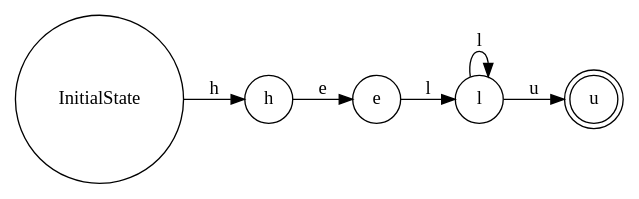
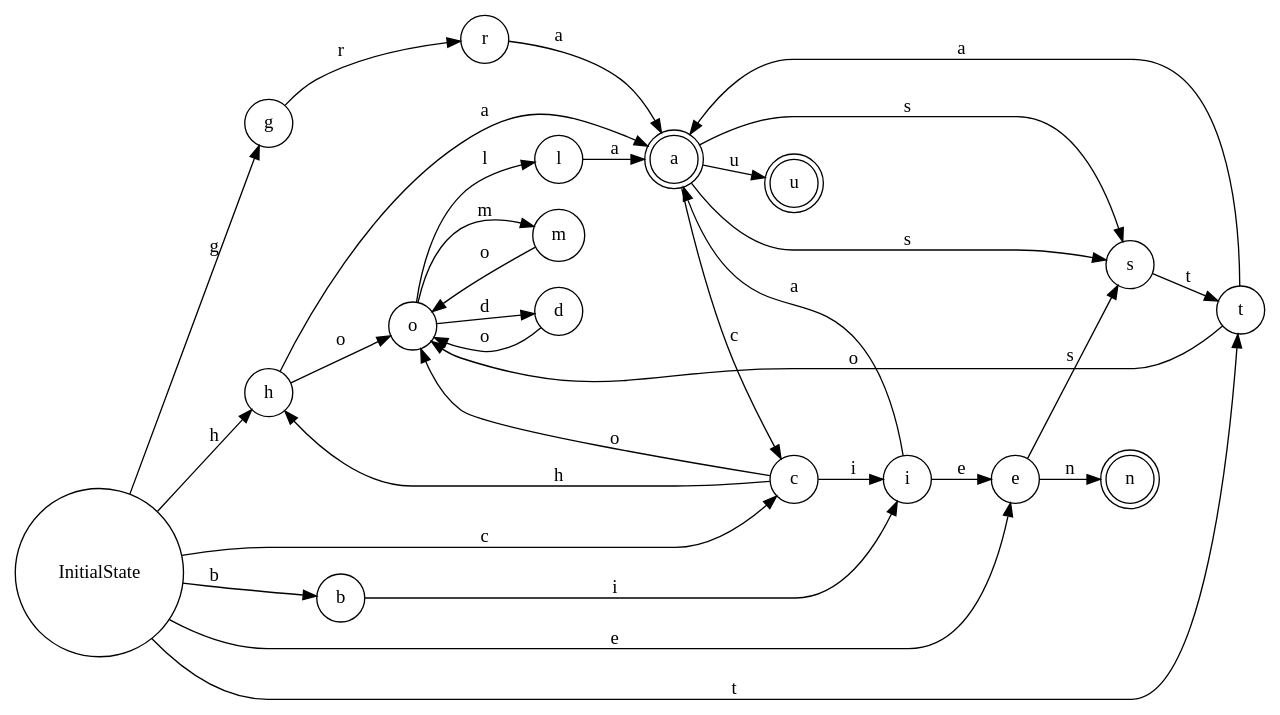
Before and after one commit to NicolasMoreno/MateDiscreta: the diagram in example/example.dot, drawn with Graphviz. The commit also changed 2 other files, not shown here.

```diff
--- a/example/example.dot
+++ b/example/example.dot
@@ -1,14 +1,66 @@
 digraph { 
 	 rankdir = "LR"; 
 	 node [shape=circle] NodeInitialState [label ="InitialState"];
 	 node [shape=circle] Nodeh [label ="h"];
+	 node [shape=circle] Nodeo [label ="o"];
+	 node [shape=circle] Nodel [label ="l"];
+	 node [shape=doublecircle] Nodea [label ="a"];
+	 node [shape=circle] Nodec [label ="c"];
+	 node [shape=circle] Nodeh [label ="h"];
+	 node [shape=circle] Nodea [label ="a"];
+	 node [shape=doublecircle] Nodeu [label ="u"];
+	 node [shape=circle] Nodeo [label ="o"];
+	 node [shape=circle] Nodem [label ="m"];
+	 node [shape=doublecircle] Nodeo [label ="o"];
+	 node [shape=circle] Nodet [label ="t"];
+	 node [shape=circle] Nodeo [label ="o"];
+	 node [shape=circle] Noded [label ="d"];
+	 node [shape=doublecircle] Nodeo [label ="o"];
+	 node [shape=circle] Nodeb [label ="b"];
+	 node [shape=circle] Nodei [label ="i"];
 	 node [shape=circle] Nodee [label ="e"];
-	 node [shape=circle] Nodel [label ="l"];
-	 node [shape=circle] Nodel [label ="l"];
-	 node [shape=doublecircle] Nodeu [label ="u"];
+	 node [shape=doublecircle] Noden [label ="n"];
+	 node [shape=circle] Nodee [label ="e"];
+	 node [shape=circle] Nodes [label ="s"];
+	 node [shape=circle] Nodet [label ="t"];
+	 node [shape=circle] Nodea [label ="a"];
+	 node [shape=doublecircle] Nodes [label ="s"];
+	 node [shape=circle] Nodeg [label ="g"];
+	 node [shape=circle] Noder [label ="r"];
+	 node [shape=circle] Nodea [label ="a"];
+	 node [shape=circle] Nodec [label ="c"];
+	 node [shape=circle] Nodei [label ="i"];
+	 node [shape=circle] Nodea [label ="a"];
+	 node [shape=doublecircle] Nodes [label ="s"];
 	 NodeInitialState -> Nodeh[label="h"];
-	 Nodeh -> Nodee[label="e"];
-	 Nodee -> Nodel[label="l"];
-	 Nodel -> Nodel[label="l"];
-	 Nodel -> Nodeu[label="u"];
+	 NodeInitialState -> Nodec[label="c"];
+	 NodeInitialState -> Nodet[label="t"];
+	 NodeInitialState -> Nodeb[label="b"];
+	 NodeInitialState -> Nodee[label="e"];
+	 NodeInitialState -> Nodeg[label="g"];
+	 Nodeh -> Nodeo[label="o"];
+	 Nodeo -> Nodel[label="l"];
+	 Nodel -> Nodea[label="a"];
+	 Nodec -> Nodeh[label="h"];
+	 Nodec -> Nodeo[label="o"];
+	 Nodeh -> Nodea[label="a"];
+	 Nodea -> Nodeu[label="u"];
+	 Nodeo -> Nodem[label="m"];
+	 Nodem -> Nodeo[label="o"];
+	 Nodet -> Nodeo[label="o"];
+	 Nodeo -> Noded[label="d"];
+	 Noded -> Nodeo[label="o"];
+	 Nodeb -> Nodei[label="i"];
+	 Nodei -> Nodee[label="e"];
+	 Nodee -> Noden[label="n"];
+	 Nodee -> Nodes[label="s"];
+	 Nodes -> Nodet[label="t"];
+	 Nodet -> Nodea[label="a"];
+	 Nodea -> Nodes[label="s"];
+	 Nodeg -> Noder[label="r"];
+	 Noder -> Nodea[label="a"];
+	 Nodea -> Nodec[label="c"];
+	 Nodec -> Nodei[label="i"];
+	 Nodei -> Nodea[label="a"];
+	 Nodea -> Nodes[label="s"];
 }
```
